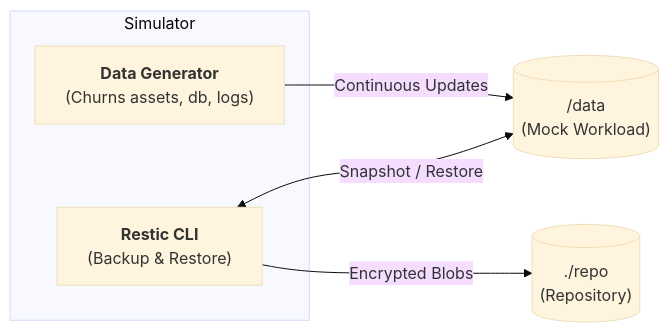
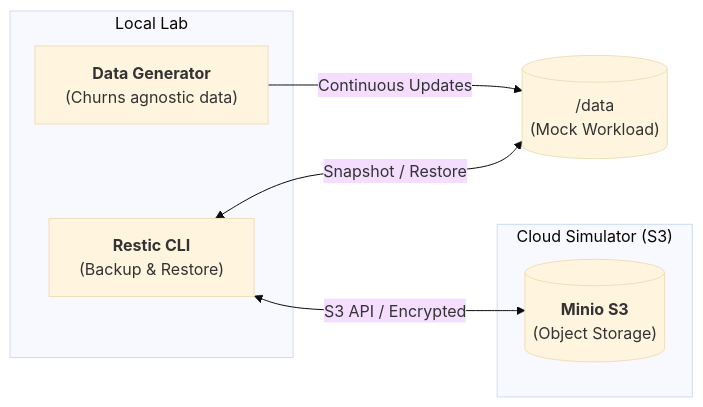
The diagram in README.md (rahuldhole/restic-playground), drawn with Mermaid (base theme) before and after one commit. The commit also changed 11 other files, not shown here.

Commit message:
feat: migrate restic repository from local filesystem to S3 using Minio and standardize Taskfile usage.

````diff
--- a/README.md
+++ b/README.md
@@ -8,11 +8,15 @@
 ```mermaid
 graph LR
-    subgraph "Simulator"
-        DG["<b>Data Generator</b><br/>(Churns assets, db, logs)"]
+    subgraph "Local Lab"
+        DG["<b>Data Generator</b><br/>(Churns agnostic data)"]
         RT["<b>Restic CLI</b><br/>(Backup & Restore)"]
+    end
+
+    subgraph "Cloud Simulator (S3)"
+        MN[("<b>Minio S3</b><br/>(Object Storage)")]
     end
 
     DG -->|Continuous Updates| DATA[("/data<br/>(Mock Workload)")]
     RT <-->|Snapshot / Restore| DATA
-    RT -->|Encrypted Blobs| REPO[("./repo<br/>(Repository)")]
+    RT <-->|S3 API / Encrypted| MN
 ```
````
